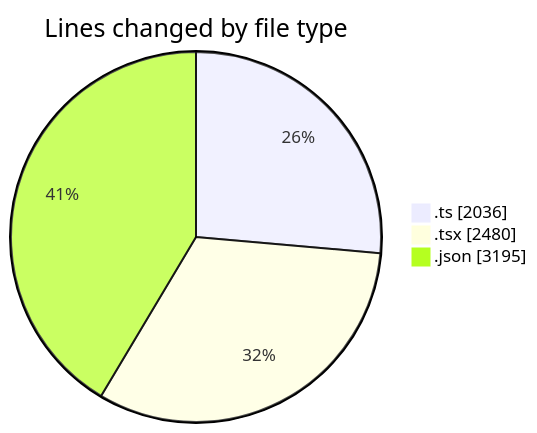
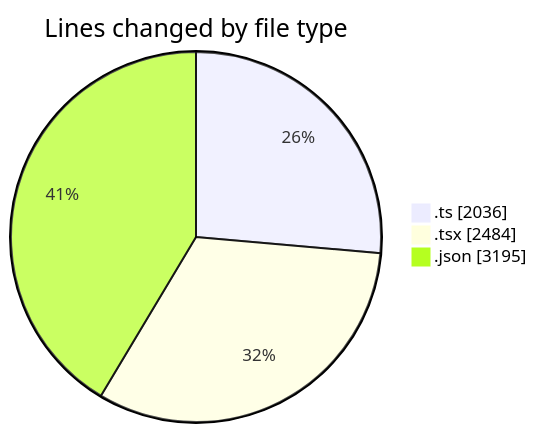
One commit to julien-gomy/code-tracking changed the first of 2 diagrams in 2025-10-23/eventscop-frontend-guide__workspace_/README.md. Above: the diagram before and after it, drawn with Mermaid. The commit also changed other lines of this file and 1 other file, not shown here.

````diff
--- a/2025-10-23/eventscop-frontend-guide__workspace_/README.md
+++ b/2025-10-23/eventscop-frontend-guide__workspace_/README.md
@@ -37,7 +37,7 @@
 ```mermaid
 pie showData
 title Lines changed by file type
 ".ts" : 2036
-".tsx" : 2480
+".tsx" : 2484
 ".json" : 3195
 ```
````
